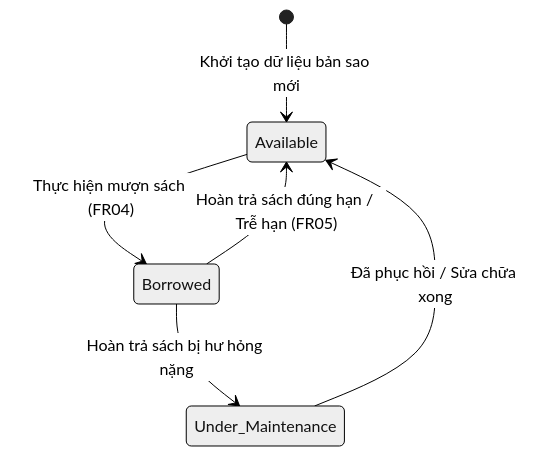
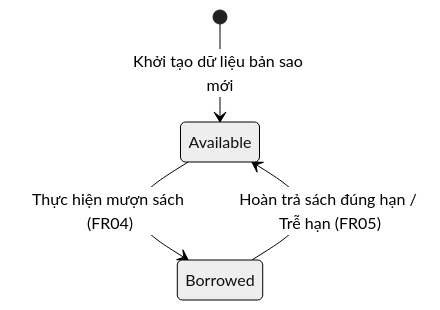
Before and after one commit to Phong134679/database_project: the second of 6 diagrams in Source/FR_Operational_Flows.md, drawn with Mermaid (neutral theme). The commit also changed other lines of this file and 18 other files, not shown here.

````diff
--- a/Source/FR_Operational_Flows.md
+++ b/Source/FR_Operational_Flows.md
@@ -115,8 +122,6 @@
 ```mermaid
 stateDiagram-v2
     [*] --> Available: Khởi tạo dữ liệu bản sao mới
     Available --> Borrowed: Thực hiện mượn sách (FR04)
     Borrowed --> Available: Hoàn trả sách đúng hạn / Trễ hạn (FR05)
-    Borrowed --> Under_Maintenance: Hoàn trả sách bị hư hỏng nặng
-    Under_Maintenance --> Available: Đã phục hồi / Sửa chữa xong
 ```
````
